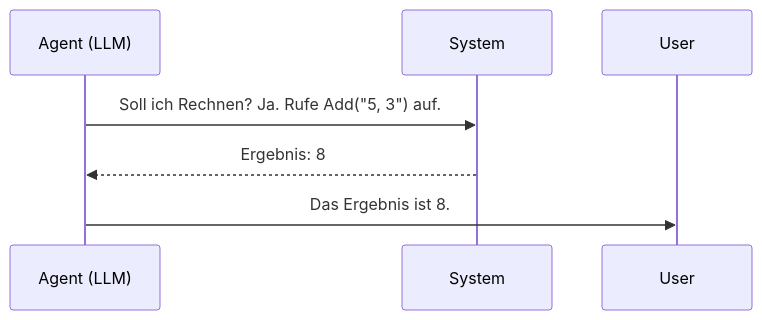
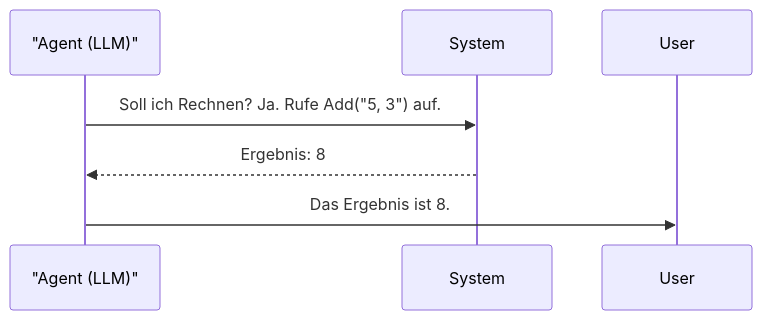
Before and after one commit to thorstenkloehn/dokument: the fourth of 7 diagrams in docs/künstliche-intelligenz/coding/ki-anwendungen-programmieren.md, drawn with Mermaid. The commit also changed other lines of this file and 41 other files, not shown here.

First line of the commit message:
fix: quote Mermaid edge and node labels with special characters

````diff
--- a/docs/künstliche-intelligenz/coding/ki-anwendungen-programmieren.md
+++ b/docs/künstliche-intelligenz/coding/ki-anwendungen-programmieren.md
@@ -310,6 +310,7 @@
 ```mermaid
 sequenceDiagram
-    Agent (LLM) ->> System: Soll ich Rechnen? Ja. Rufe Add("5, 3") auf.
-    System -->> Agent (LLM): Ergebnis: 8
-    Agent (LLM) ->> User: Das Ergebnis ist 8.
+    participant AgentLLM as "Agent (LLM)"
+    AgentLLM ->> System: Soll ich Rechnen? Ja. Rufe Add("5, 3") auf.
+    System -->> AgentLLM: Ergebnis: 8
+    AgentLLM ->> User: Das Ergebnis ist 8.
 ```
````
